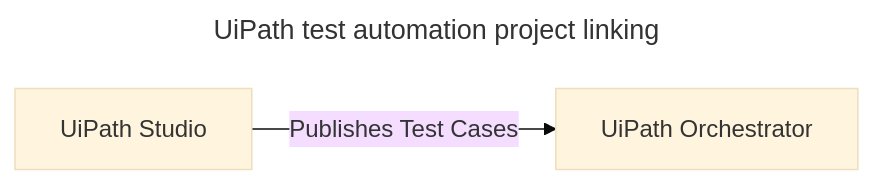
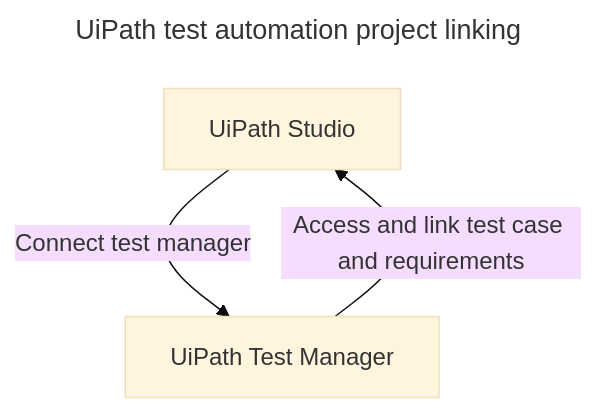
One commit to jeev20/jeev20.github.io changed the third of 4 diagrams in _drafts/2024-05-18-UiPathTestSuiteaVisualExplanierPart1.md. Above: the diagram before and after it, drawn with Mermaid (base theme). The commit also changed other lines of this file and 1 other file, not shown here.

Commit message:
added the linux commands post - 2024-05-26 13:52:54]

````diff
--- a/_drafts/2024-05-18-UiPathTestSuiteaVisualExplanierPart1.md
+++ b/_drafts/2024-05-18-UiPathTestSuiteaVisualExplanierPart1.md
@@ -62,9 +62,11 @@
 ```mermaid
 ---
 title: UiPath test automation project linking
 ---
 
-flowchart LR
-    A[UiPath Studio]-->|Publishes Test Cases|B[UiPath Orchestrator]
+flowchart TD
+    A[UiPath Studio]-->|Connect test manager|B[UiPath Test Manager]
+    B -->|Access and link test case and requirements| A
+
 
 ```
````
